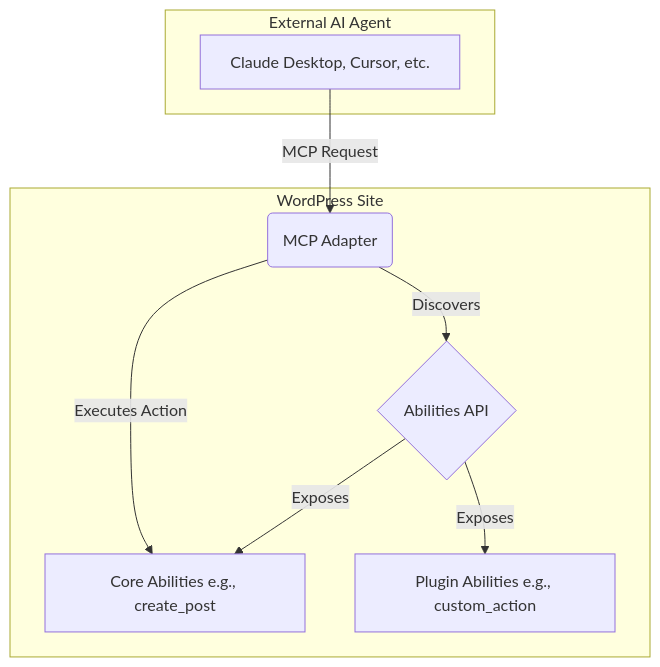
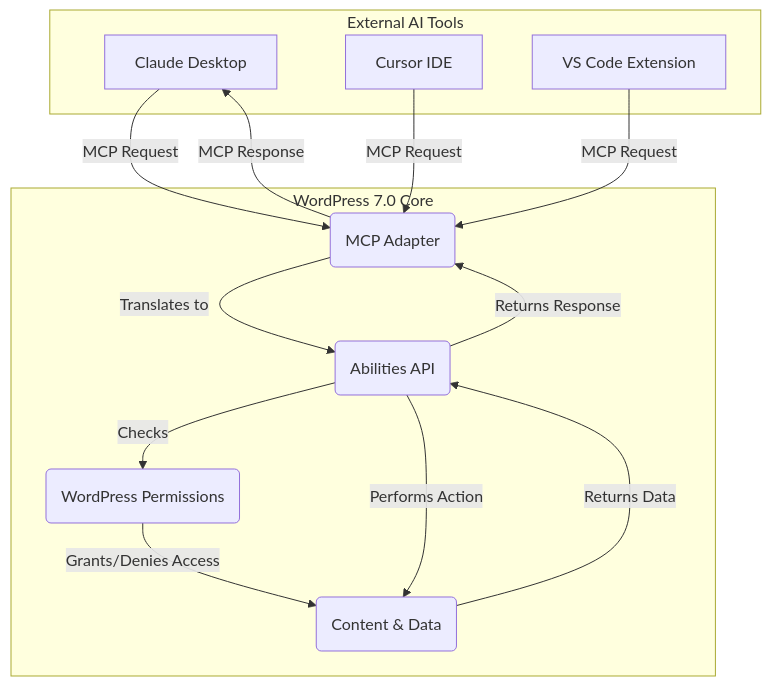
Before and after one commit to victorstack-ai/agent-blog: the diagram in blog/2026-02-21-wordpress-7-0-beta-1-review.md, drawn with Mermaid. The commit also changed other lines of this file, not shown here.

Commit message:
feat(blog): add review of WordPress 7.0 Beta 1

````diff
--- a/blog/2026-02-21-wordpress-7-0-beta-1-review.md
+++ b/blog/2026-02-21-wordpress-7-0-beta-1-review.md
@@ -76,19 +27,26 @@
 ```mermaid
 graph TD
-    subgraph External AI Agent
-        A[Claude Desktop, Cursor, etc.]
+    subgraph External AI Tools
+        A[Claude Desktop]
+        B[Cursor IDE]
+        C[VS Code Extension]
     end
 
-    subgraph WordPress Site
-        B(MCP Adapter)
-        C{Abilities API}
-        D[Core Abilities e.g., create_post]
-        E[Plugin Abilities e.g., custom_action]
+    subgraph WordPress 7.0 Core
+        D(MCP Adapter)
+        E(Abilities API)
+        F(WordPress Permissions)
+        G(Content & Data)
     end
 
-    A -- MCP Request --> B
-    B -- Discovers --> C
-    C -- Exposes --> D
-    C -- Exposes --> E
-    B -- Executes Action --> D
+    A -- MCP Request --> D
+    B -- MCP Request --> D
+    C -- MCP Request --> D
+    D -- Translates to --> E
+    E -- Checks --> F
+    F -- Grants/Denies Access --> G
+    E -- Performs Action --> G
+    G -- Returns Data --> E
+    E -- Returns Response --> D
+    D -- MCP Response --> A
 ```
````
